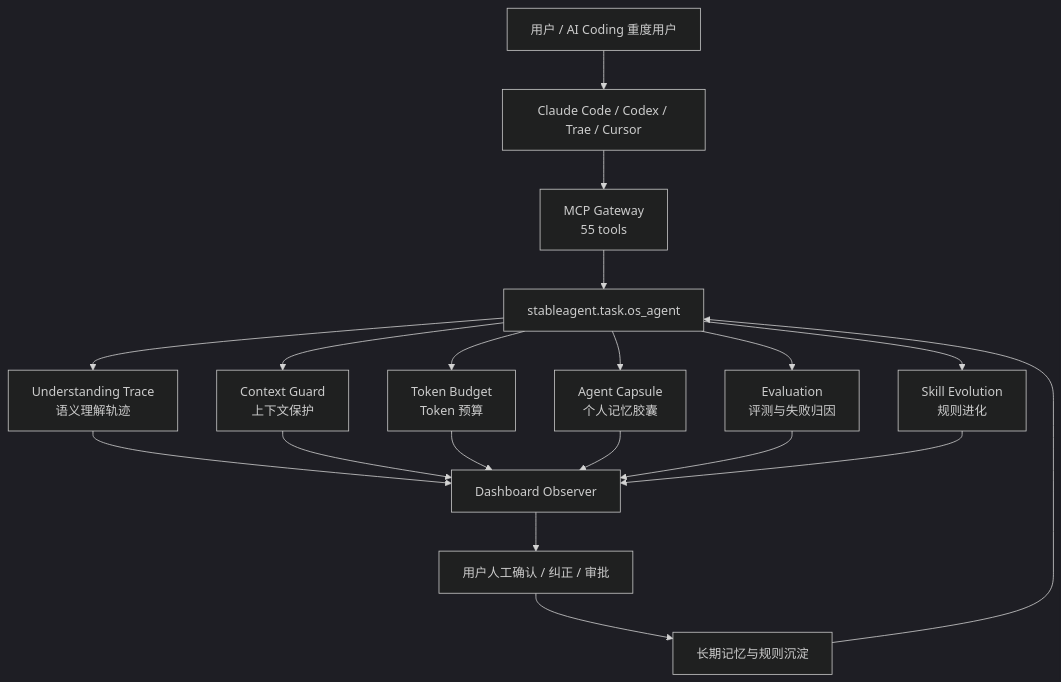
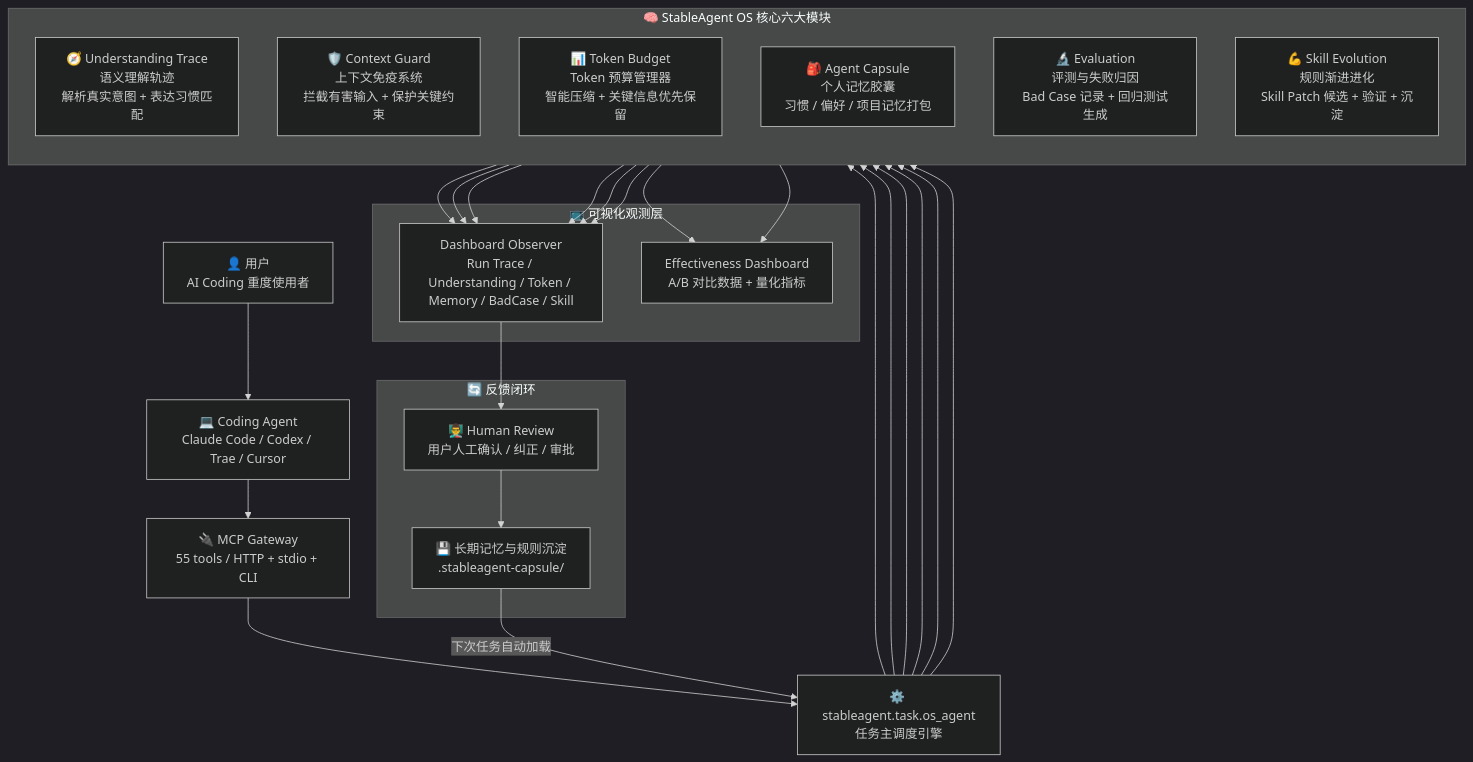
One commit to liuanye9-lab/OS-Agent changed the second of 10 diagrams in README.md. Above: the diagram before and after it, drawn with Mermaid (dark theme). The commit also changed other lines of this file and 15 other files, not shown here.

````diff
--- a/README.md
+++ b/README.md
@@ -182,24 +209,44 @@
 ```mermaid
 flowchart TB
-    User[用户 / AI Coding 重度用户] --> Client[Claude Code / Codex / Trae / Cursor]
-    Client --> MCP[MCP Gateway<br/>55 tools]
-    MCP --> OSAgent[stableagent.task.os_agent]
+    User["👤 用户<br/>AI Coding 重度使用者"] --> Client["💻 Coding Agent<br/>Claude Code / Codex / Trae / Cursor"]
+    Client --> MCP["🔌 MCP Gateway<br/>55 tools / HTTP + stdio + CLI"]
+    MCP --> OSAgent["⚙️ stableagent.task.os_agent<br/>任务主调度引擎"]
 
-    OSAgent --> U[Understanding Trace<br/>语义理解轨迹]
-    OSAgent --> C[Context Guard<br/>上下文保护]
-    OSAgent --> T[Token Budget<br/>Token 预算]
-    OSAgent --> M[Agent Capsule<br/>个人记忆胶囊]
-    OSAgent --> E[Evaluation<br/>评测与失败归因]
-    OSAgent --> S[Skill Evolution<br/>规则进化]
+    subgraph CORE["🧠 StableAgent OS 核心六大模块"]
+        direction TB
+        U["🧭 Understanding Trace<br/>语义理解轨迹<br/>解析真实意图 + 表达习惯匹配"]
+        C["🛡️ Context Guard<br/>上下文免疫系统<br/>拦截有害输入 + 保护关键约束"]
+        T["📊 Token Budget<br/>Token 预算管理器<br/>智能压缩 + 关键信息优先保留"]
+        M["🎒 Agent Capsule<br/>个人记忆胶囊<br/>习惯 / 偏好 / 项目记忆打包"]
+        E["🔬 Evaluation<br/>评测与失败归因<br/>Bad Case 记录 + 回归测试生成"]
+        S["💪 Skill Evolution<br/>规则渐进进化<br/>Skill Patch 候选 + 验证 + 沉淀"]
+    end
 
-    U --> Dash[Dashboard Observer]
+    OSAgent --> U
+    OSAgent --> C
+    OSAgent --> T
+    OSAgent --> M
+    OSAgent --> E
+    OSAgent --> S
+
+    subgraph OBSERVE["📺 可视化观测层"]
+        Dash["Dashboard Observer<br/>Run Trace / Understanding / Token / Memory / BadCase / Skill"]
+        EffDash["Effectiveness Dashboard<br/>A/B 对比数据 + 量化指标"]
+    end
+
+    U --> Dash
     C --> Dash
     T --> Dash
     M --> Dash
     E --> Dash
     S --> Dash
+    E --> EffDash
+    S --> EffDash
 
-    Dash --> Human[用户人工确认 / 纠正 / 审批]
-    Human --> Capsule[长期记忆与规则沉淀]
-    Capsule --> OSAgent
+    subgraph LOOP["🔄 反馈闭环"]
+        Dash --> Human["👨‍🏫 Human Review<br/>用户人工确认 / 纠正 / 审批"]
+        Human --> Capsule["💾 长期记忆与规则沉淀<br/>.stableagent-capsule/"]
+    end
+
+    Capsule -->|"下次任务自动加载"| OSAgent
 ```
````
